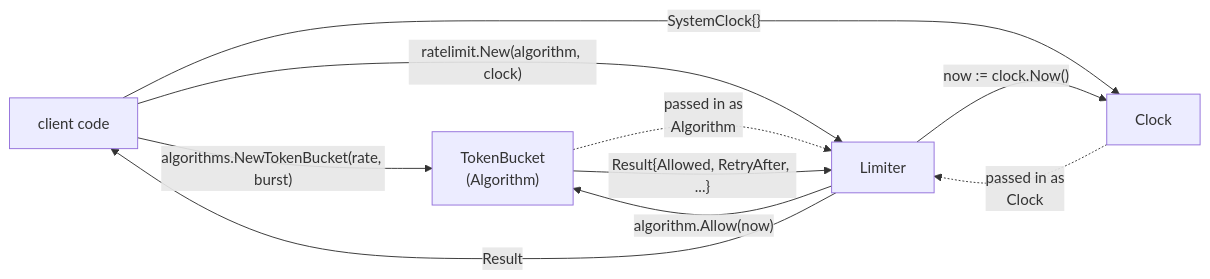
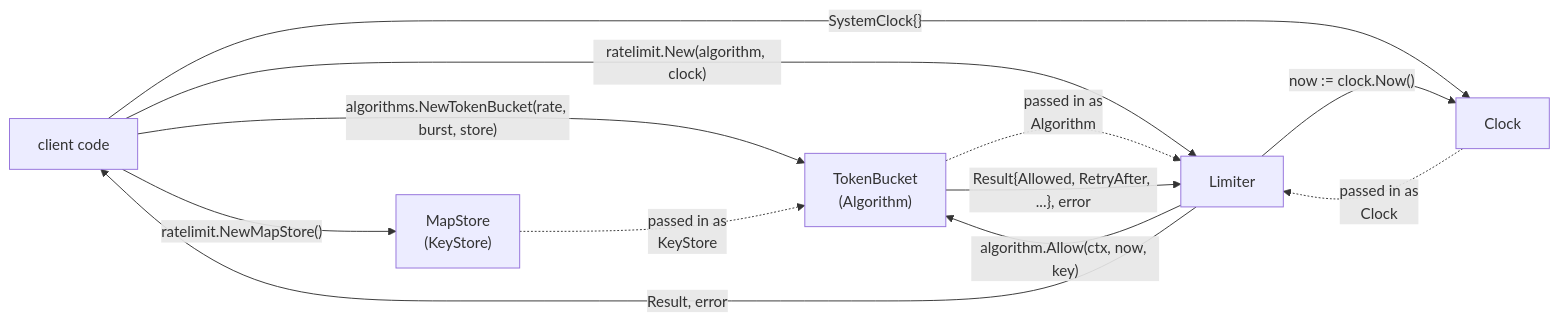
One commit to const-nash/go-rate-limiter changed the third of 3 diagrams in docs/architecture.md. Above: the diagram before and after it, drawn with Mermaid. The commit also changed other lines of this file and 7 other files, not shown here.

Commit message:
Introduce `KeyStore` abstraction for per-key state storage, refactor algorithms to support context-aware, multi-key functionality

````diff
--- a/docs/architecture.md
+++ b/docs/architecture.md
@@ -199,12 +287,14 @@
 ```mermaid
 flowchart LR
-    A["client code"] -->|"algorithms.NewTokenBucket(rate, burst)"| B["TokenBucket\n(Algorithm)"]
+    A["client code"] -->|"algorithms.NewTokenBucket(rate, burst, store)"| B["TokenBucket\n(Algorithm)"]
     A -->|"ratelimit.New(algorithm, clock)"| C["Limiter"]
     A -->|"SystemClock{}"| E["Clock"]
+    A -->|"ratelimit.NewMapStore()"| R["MapStore\n(KeyStore)"]
+    R -.->|"passed in as\nKeyStore"| B
     B -.->|"passed in as\nAlgorithm"| C
     E -.->|"passed in as\nClock"| C
     C -->|"now := clock.Now()"| E
-    C -->|"algorithm.Allow(now)"| B
-    B -->|"Result{Allowed, RetryAfter, ...}"| C
-    C -->|"Result"| A
+    C -->|"algorithm.Allow(ctx, now, key)"| B
+    B -->|"Result{Allowed, RetryAfter, ...}, error"| C
+    C -->|"Result, error"| A
 ```
````
